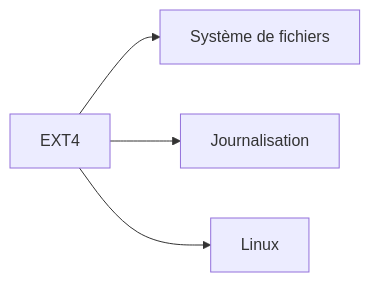
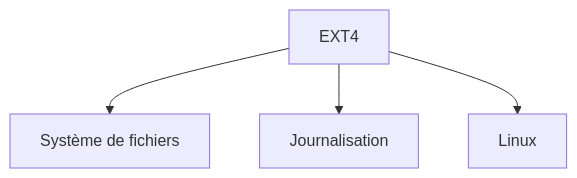
One commit to zyrass/omnydocs changed diagram 11 of 44 in docs/glossaire/administration-systeme.md. Above: the diagram before and after it, drawn with Mermaid. The commit also changed other lines of this file and 1780 other files, not shown here.

````diff
--- a/docs/glossaire/administration-systeme.md
+++ b/docs/glossaire/administration-systeme.md
@@ -224,6 +270,6 @@
-    ```mermaid
-    graph LR
-        A[EXT4] --> B[Système de fichiers]
-        A --> C[Journalisation]
-        A --> D[Linux]
-    ```
+```mermaid
+graph TB
+    A[EXT4] --> B[Système de fichiers]
+    A --> C[Journalisation]
+    A --> D[Linux]
+```
````
